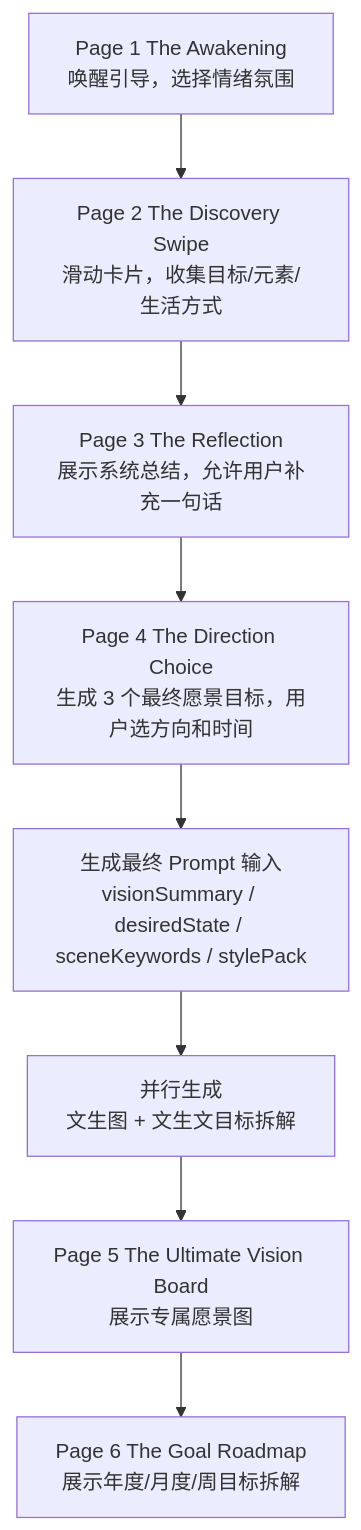
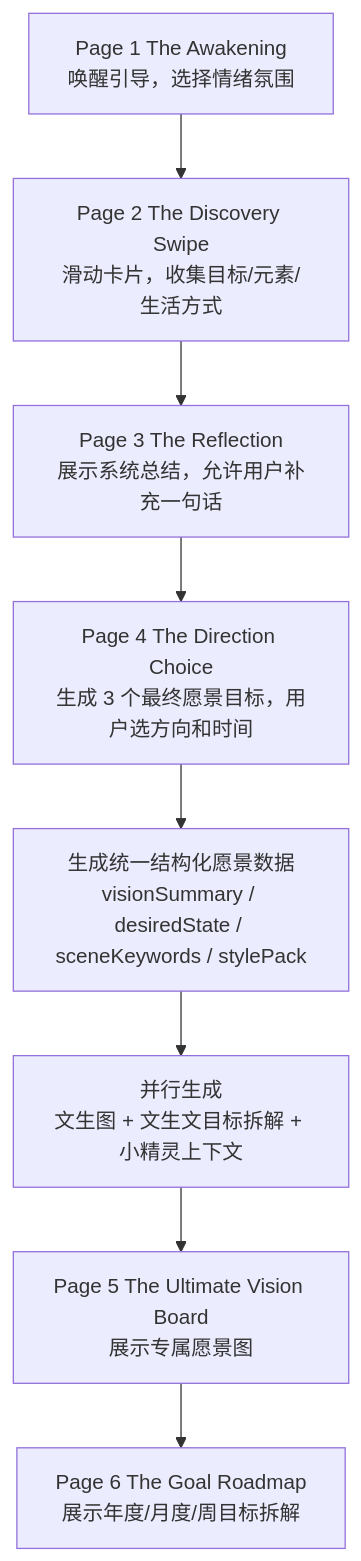
One commit to Teresa9999/VisionBoard changed the first of 4 diagrams in docs/visionboard-info-collection-prd.md. Above: the diagram before and after it, drawn with Mermaid. The commit also changed other lines of this file and 13 other files, not shown here.

````diff
--- a/docs/visionboard-info-collection-prd.md
+++ b/docs/visionboard-info-collection-prd.md
@@ -38,10 +39,10 @@
 ```mermaid
 flowchart TD
   A["Page 1 The Awakening<br/>唤醒引导，选择情绪氛围"] --> B["Page 2 The Discovery Swipe<br/>滑动卡片，收集目标/元素/生活方式"]
   B --> C["Page 3 The Reflection<br/>展示系统总结，允许用户补充一句话"]
   C --> D["Page 4 The Direction Choice<br/>生成 3 个最终愿景目标，用户选方向和时间"]
-  D --> E["生成最终 Prompt 输入<br/>visionSummary / desiredState / sceneKeywords / stylePack"]
-  E --> F["并行生成<br/>文生图 + 文生文目标拆解"]
+  D --> E["生成统一结构化愿景数据<br/>visionSummary / desiredState / sceneKeywords / stylePack"]
+  E --> F["并行生成<br/>文生图 + 文生文目标拆解 + 小精灵上下文"]
   F --> G["Page 5 The Ultimate Vision Board<br/>展示专属愿景图"]
   G --> H["Page 6 The Goal Roadmap<br/>展示年度/月度/周目标拆解"]
 ```
````
